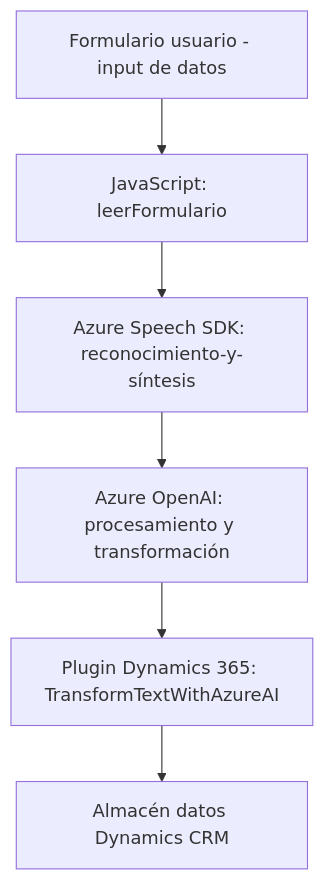
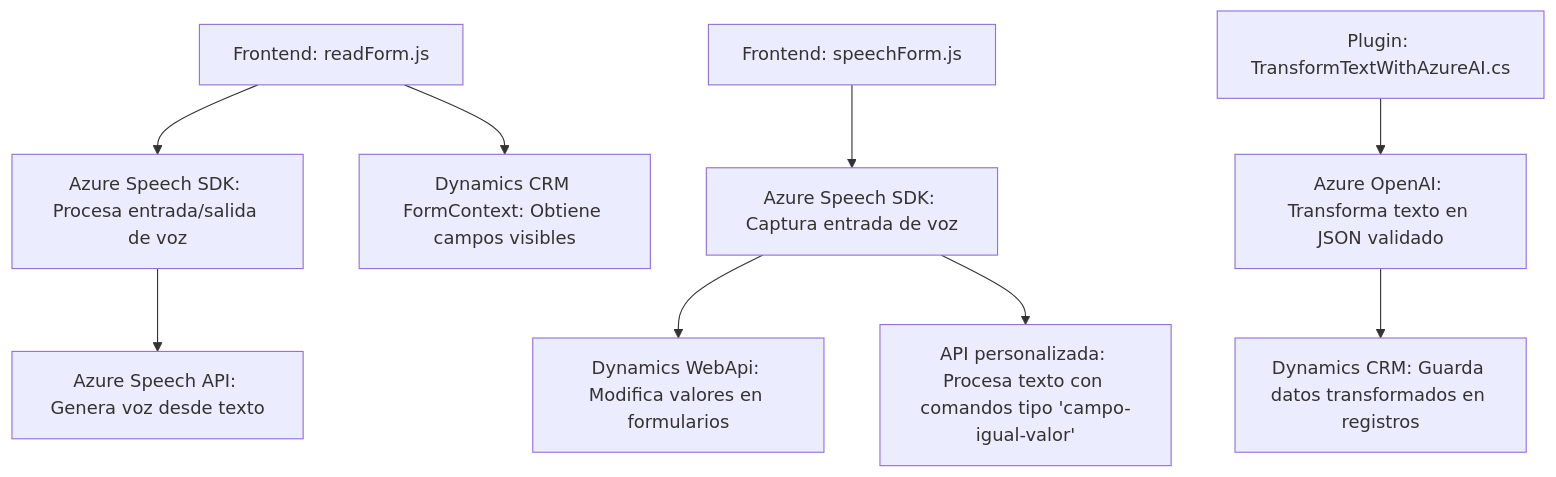
The diagram in README.md (blopezdm/NETCORE_BILBAO2025), drawn with Mermaid before and after one commit. The commit also changed other lines of this file, not shown here.

Commit message:
Actualizar análisis global de la solución con IA

````diff
--- a/README.md
+++ b/README.md
@@ -61,15 +41,13 @@
 ```mermaid
 graph TD
-    A["Formulario usuario - input de datos"]
-    B["JavaScript: leerFormulario"]
-    C["Azure Speech SDK: reconocimiento-y-síntesis"]
-    D["Azure OpenAI: procesamiento y transformación"]
-    E["Plugin Dynamics 365: TransformTextWithAzureAI"]
-    F["Almacén datos Dynamics CRM"]
-    
-    A --> B
-    B --> C
-    C --> D
-    D --> E
-    E --> F
+  A["Frontend: readForm.js"] --> B["Azure Speech SDK: Procesa entrada/salida de voz"]
+  A --> C["Dynamics CRM FormContext: Obtiene campos visibles"]
+  B --> D["Azure Speech API: Genera voz desde texto"]
+
+  E["Frontend: speechForm.js"] --> F["Azure Speech SDK: Captura entrada de voz"]
+  F --> G["Dynamics WebApi: Modifica valores en formularios"]
+  F --> H["API personalizada: Procesa texto con comandos tipo 'campo-igual-valor'"]
+  
+  I["Plugin: TransformTextWithAzureAI.cs"] --> J["Azure OpenAI: Transforma texto en JSON validado"]
+  J --> K["Dynamics CRM: Guarda datos transformados en registros"]
 ```
````
